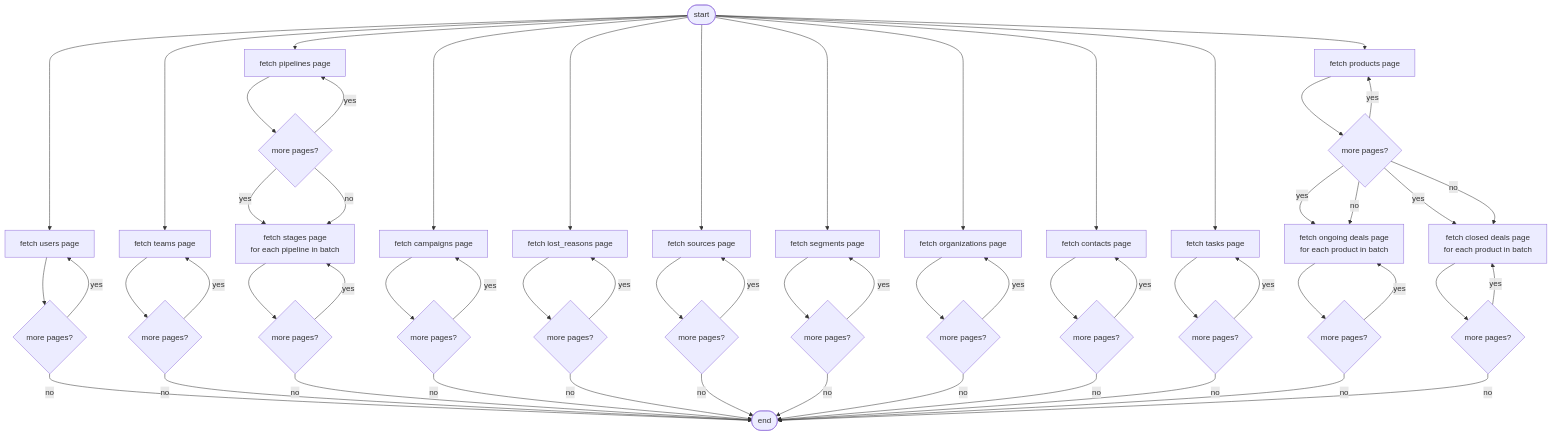
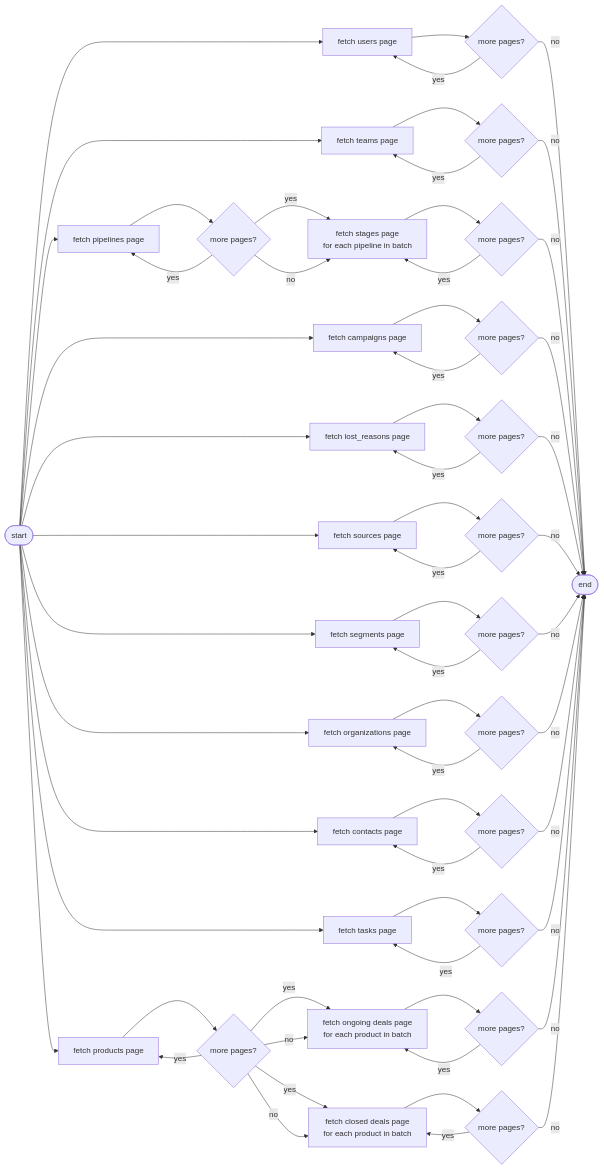
Before and after one commit to hcubasd/improved-doodle: the diagram in README.md, drawn with Mermaid.

Commit message:
switch fetch flow diagram to left-to-right layout

````diff
--- a/README.md
+++ b/README.md
@@ -9,75 +9,75 @@
 ```mermaid
-flowchart TD
+flowchart LR
     S([start])
 
     S --> U[fetch users page]
     S --> T[fetch teams page]
     S --> PL[fetch pipelines page]
     S --> CA[fetch campaigns page]
     S --> LR[fetch lost_reasons page]
     S --> SO[fetch sources page]
     S --> SE[fetch segments page]
     S --> OR[fetch organizations page]
     S --> CO[fetch contacts page]
     S --> TA[fetch tasks page]
     S --> PR[fetch products page]
 
     U --> PU{more pages?}
     PU -- yes --> U
     PU -- no --> E([end])
 
     T --> PT{more pages?}
     PT -- yes --> T
     PT -- no --> E
 
     PL --> PPL{more pages?}
     PPL -- yes --> PL
     PPL -- yes --> STG[fetch stages page\nfor each pipeline in batch]
     PPL -- no --> STG
     STG --> PSTG{more pages?}
     PSTG -- yes --> STG
     PSTG -- no --> E
 
     CA --> PCA{more pages?}
     PCA -- yes --> CA
     PCA -- no --> E
 
     LR --> PLR{more pages?}
     PLR -- yes --> LR
     PLR -- no --> E
 
     SO --> PSO{more pages?}
     PSO -- yes --> SO
     PSO -- no --> E
 
     SE --> PSE{more pages?}
     PSE -- yes --> SE
     PSE -- no --> E
 
     OR --> POR{more pages?}
     POR -- yes --> OR
     POR -- no --> E
 
     CO --> PCO{more pages?}
     PCO -- yes --> CO
     PCO -- no --> E
 
     TA --> PTA{more pages?}
     PTA -- yes --> TA
     PTA -- no --> E
 
     PR --> PPR{more pages?}
     PPR -- yes --> PR
     PPR -- yes --> OND[fetch ongoing deals page\nfor each product in batch]
     PPR -- yes --> CLD[fetch closed deals page\nfor each product in batch]
     PPR -- no --> OND
     PPR -- no --> CLD
 
     OND --> POND{more pages?}
     POND -- yes --> OND
     POND -- no --> E
 
     CLD --> PCLD{more pages?}
     PCLD -- yes --> CLD
     PCLD -- no --> E
 ```
````
